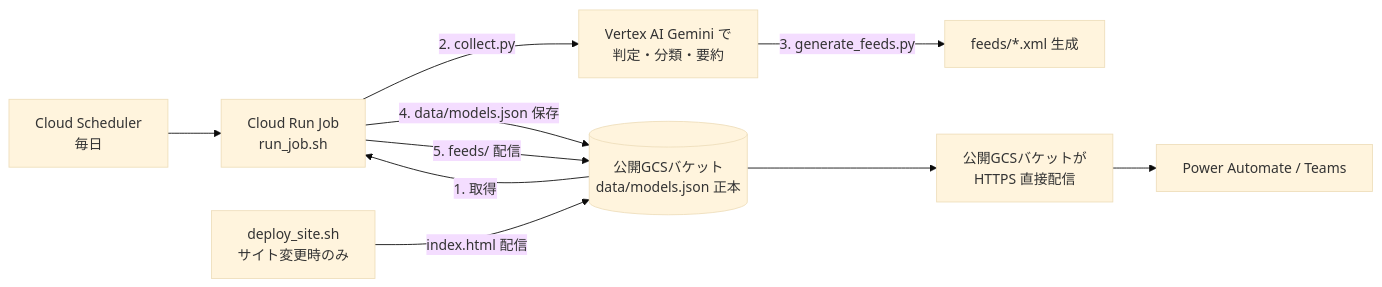
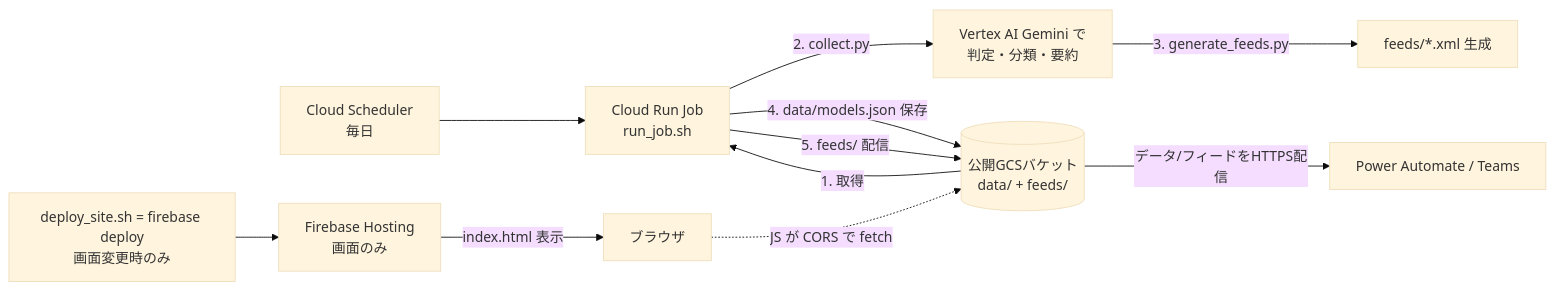
Before and after one commit to rararapi/llm-watch-feed: the diagram in README.md, drawn with Mermaid (base theme). The commit also changed other lines of this file and 8 other files, not shown here.

First line of the commit message:
feat: switch delivery to 方式A (Firebase shell + GCS data/feeds)

````diff
--- a/README.md
+++ b/README.md
@@ -26,12 +26,13 @@
 ```mermaid
 flowchart LR
     S[Cloud Scheduler<br/>毎日] --> J[Cloud Run Job<br/>run_job.sh]
-    B[(公開GCSバケット<br/>data/models.json 正本)] -->|1. 取得| J
+    B[(公開GCSバケット<br/>data/ + feeds/)] -->|1. 取得| J
     J -->|2. collect.py| K[Vertex AI Gemini で<br/>判定・分類・要約]
     K -->|3. generate_feeds.py| F[feeds/*.xml 生成]
     J -->|4. data/models.json 保存| B
     J -->|5. feeds/ 配信| B
-    B --> W[公開GCSバケットが<br/>HTTPS 直接配信]
-    D[deploy_site.sh<br/>サイト変更時のみ] -->|index.html 配信| B
-    W --> P[Power Automate / Teams]
+    B -->|データ/フィードをHTTPS配信| P[Power Automate / Teams]
+    H[Firebase Hosting<br/>画面のみ] -->|index.html 表示| U[ブラウザ]
+    U -.->|JS が CORS で fetch| B
+    D[deploy_site.sh = firebase deploy<br/>画面変更時のみ] --> H
 ```
````
